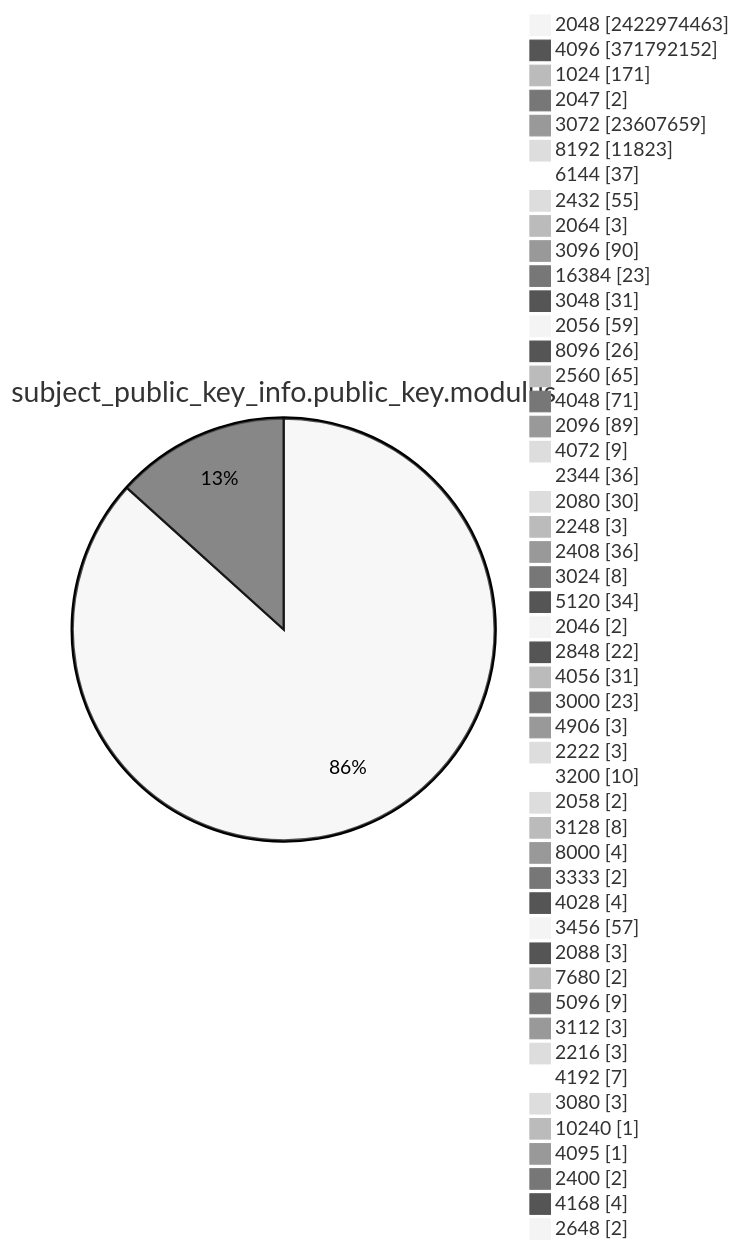
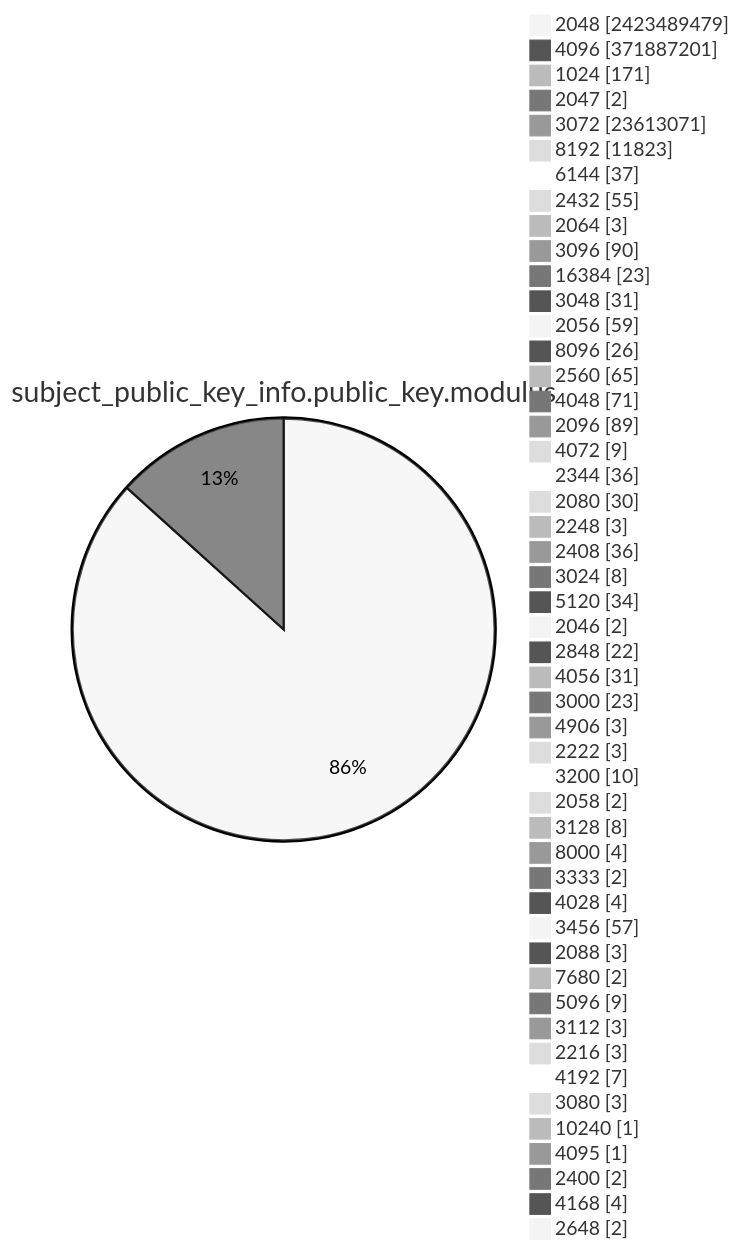
One commit to christiankrug/ctmonitor_visualization changed diagram 13 of 15 in TOTAL/README.md. Above: the diagram before and after it, drawn with Mermaid (neutral theme). The commit also changed other lines of this file, not shown here.

````diff
--- a/TOTAL/README.md
+++ b/TOTAL/README.md
@@ -4168,53 +4168,53 @@
 ```mermaid
 pie showData
 title subject_public_key_info.public_key.modulus
-"2048" :2422974463
-"4096" :371792152
+"2048" :2423489479
+"4096" :371887201
 "1024" :171
 "2047" :2
-"3072" :23607659
+"3072" :23613071
 "8192" :11823
 "6144" :37
 "2432" :55
 "2064" :3
 "3096" :90
 "16384" :23
 "3048" :31
 "2056" :59
 "8096" :26
 "2560" :65
 "4048" :71
 "2096" :89
 "4072" :9
 "2344" :36
 "2080" :30
 "2248" :3
 "2408" :36
 "3024" :8
 "5120" :34
 "2046" :2
 "2848" :22
 "4056" :31
 "3000" :23
 "4906" :3
 "2222" :3
 "3200" :10
 "2058" :2
 "3128" :8
 "8000" :4
 "3333" :2
 "4028" :4
 "3456" :57
 "2088" :3
 "7680" :2
 "5096" :9
 "3112" :3
 "2216" :3
 "4192" :7
 "3080" :3
 "10240" :1
 "4095" :1
 "2400" :2
 "4168" :4
 "2648" :2
 ```
````
